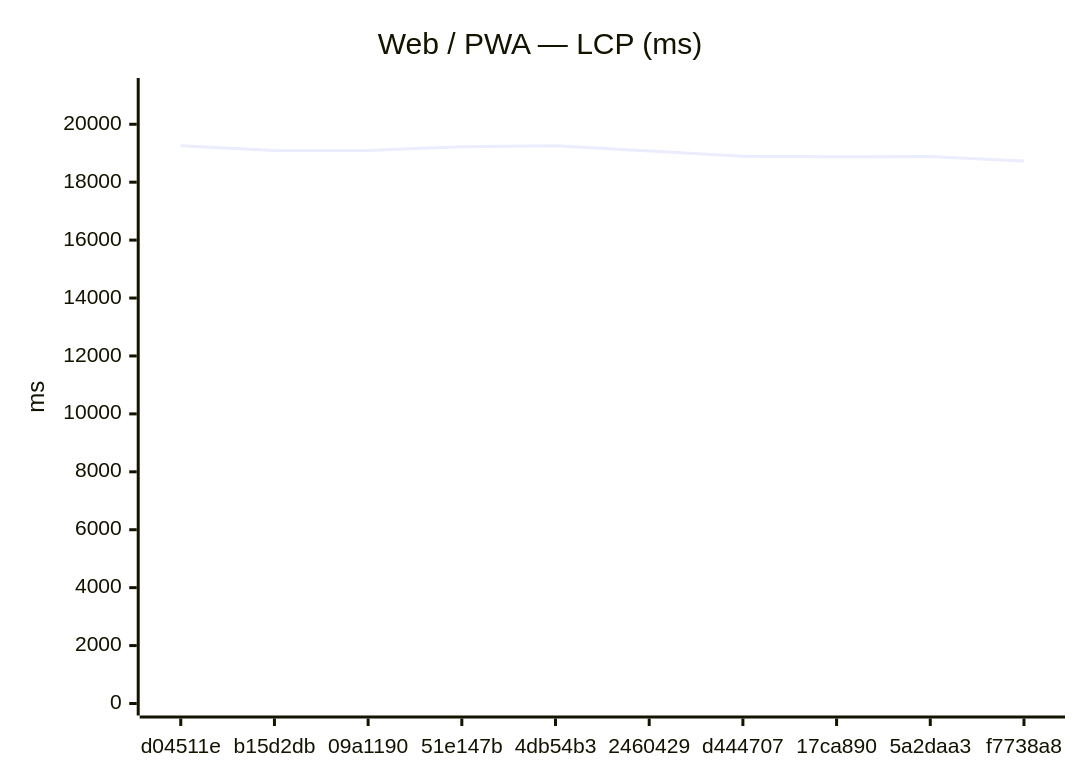
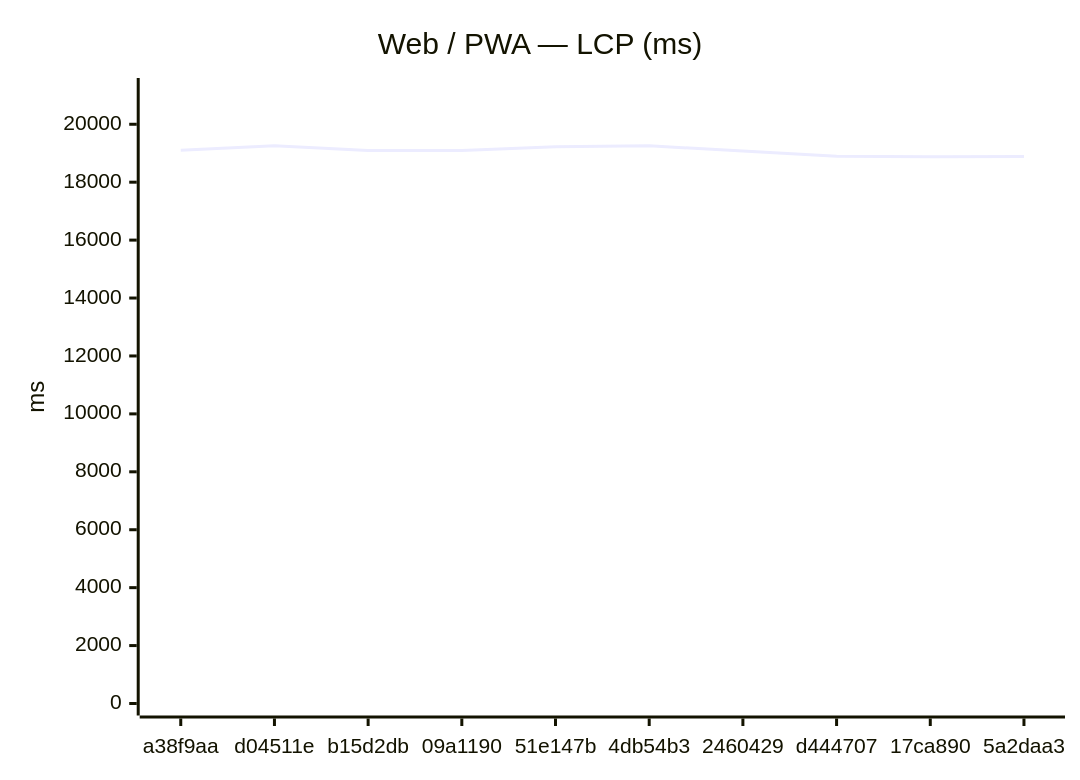
Before and after one commit to Metaheurist/Rianell: the first of 18 diagrams in benchmarks/compare.md, drawn with Mermaid. The commit also changed other lines of this file and 11 other files, not shown here.

````diff
--- a/benchmarks/compare.md
+++ b/benchmarks/compare.md
@@ -24,7 +24,7 @@
 ```mermaid
 xychart-beta
     title "Web / PWA — LCP (ms)"
-    x-axis ["d04511e", "b15d2db", "09a1190", "51e147b", "4db54b3", "2460429", "d444707", "17ca890", "5a2daa3", "f7738a8"]
+    x-axis ["a38f9aa", "d04511e", "b15d2db", "09a1190", "51e147b", "4db54b3", "2460429", "d444707", "17ca890", "5a2daa3"]
     y-axis "ms" 0 --> 21183
-    line [19257, 19097, 19090, 19227, 19255, 19076, 18898, 18874, 18888, 18728]
+    line [19099, 19257, 19097, 19090, 19227, 19255, 19076, 18898, 18874, 18888]
 ```
````
